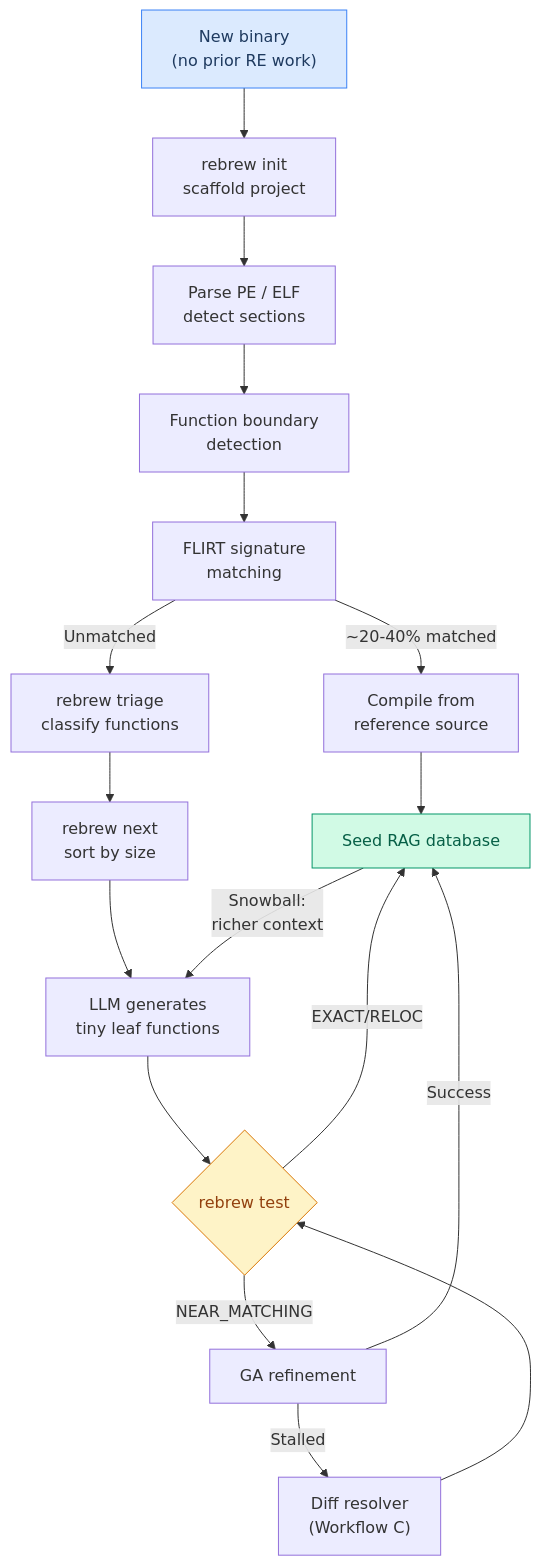
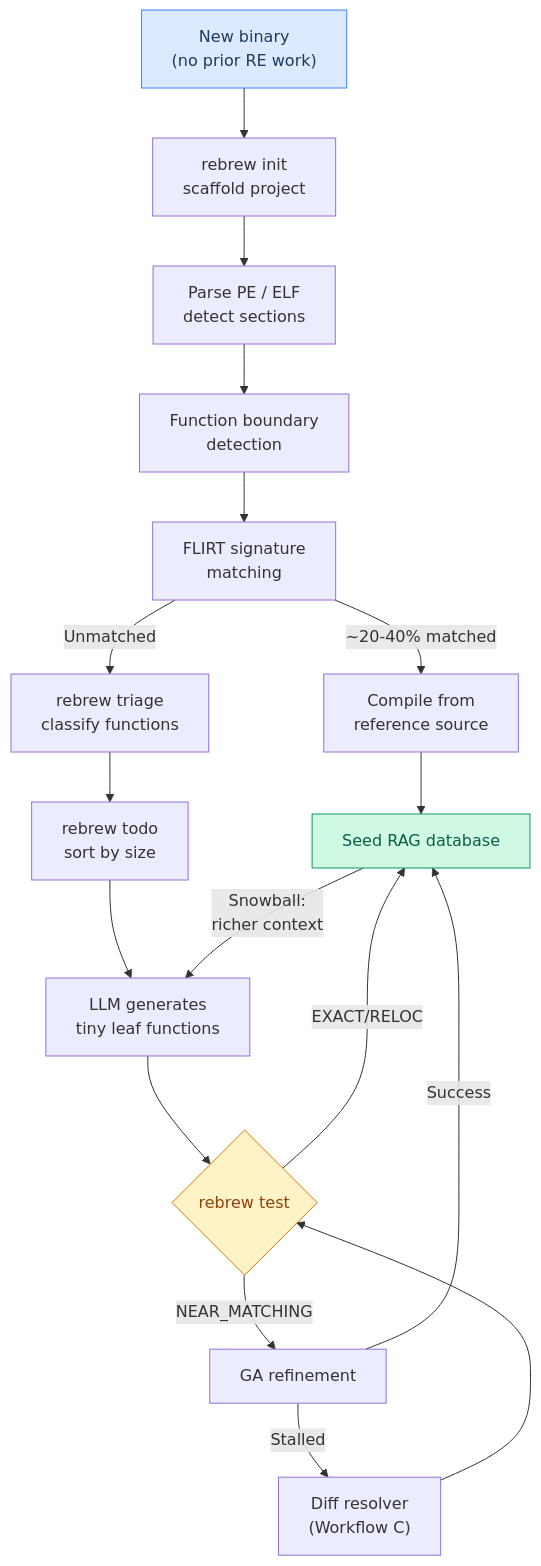
One commit to maci0/rebrew changed the tenth of 16 diagrams in docs/USER_STORIES.md. Above: the diagram before and after it, drawn with Mermaid. The commit also changed other lines of this file and 3 other files, not shown here.

First line of the commit message:
docs: replace ghost commands rebrew next/promote with current equivalents (A3)

````diff
--- a/docs/USER_STORIES.md
+++ b/docs/USER_STORIES.md
@@ -328,23 +328,23 @@
 ```mermaid
 graph TD
     A["New binary<br/>(no prior RE work)"] --> Init["rebrew init<br/>scaffold project"]
     Init --> B["Parse PE / ELF<br/>detect sections"]
     B --> C["Function boundary<br/>detection"]
     C --> D["FLIRT signature<br/>matching"]
     D -->|"~20-40% matched"| E["Compile from<br/>reference source"]
     D -->|"Unmatched"| F["rebrew triage<br/>classify functions"]
     E --> G["Seed RAG database"]
-    F --> H["rebrew next<br/>sort by size"]
+    F --> H["rebrew todo<br/>sort by size"]
     H --> I["LLM generates<br/>tiny leaf functions"]
     I --> J{"rebrew test"}
     J -->|"EXACT/RELOC"| G
     J -->|"NEAR_MATCHING"| K["GA refinement"]
     K -->|Success| G
     K -->|Stalled| L["Diff resolver<br/>(Workflow C)"]
     L --> J
     G -->|"Snowball:<br/>richer context"| I
 
     style A fill:#dbeafe,stroke:#3b82f6,color:#1e3a5f
     style G fill:#d1fae5,stroke:#059669,color:#065f46
     style J fill:#fef3c7,stroke:#d97706,color:#92400e
 ```
````
